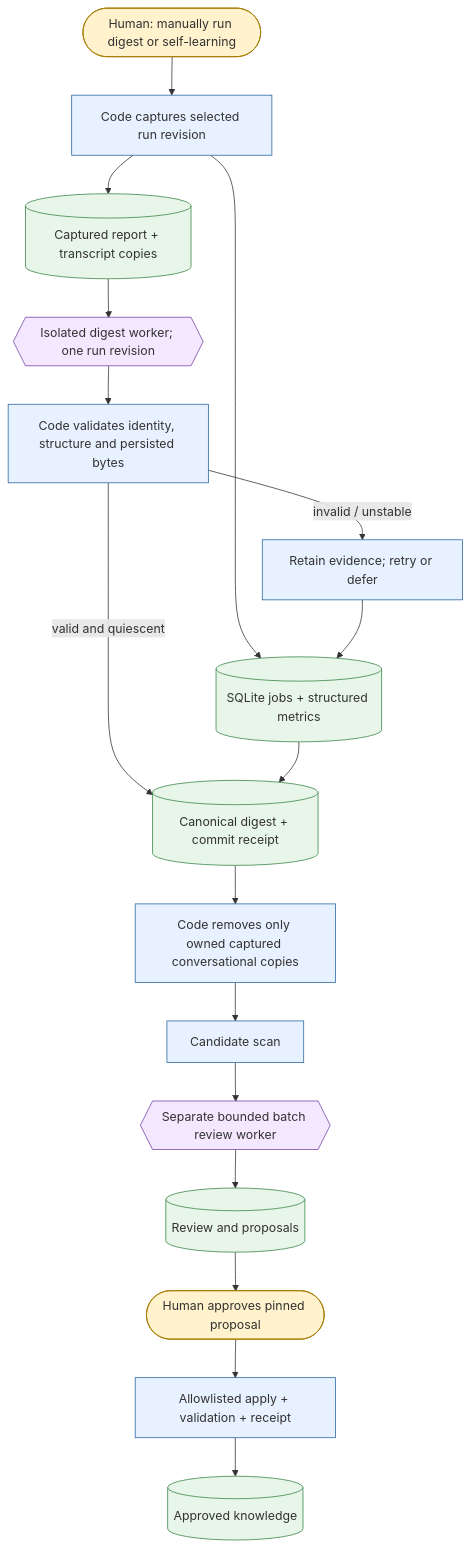
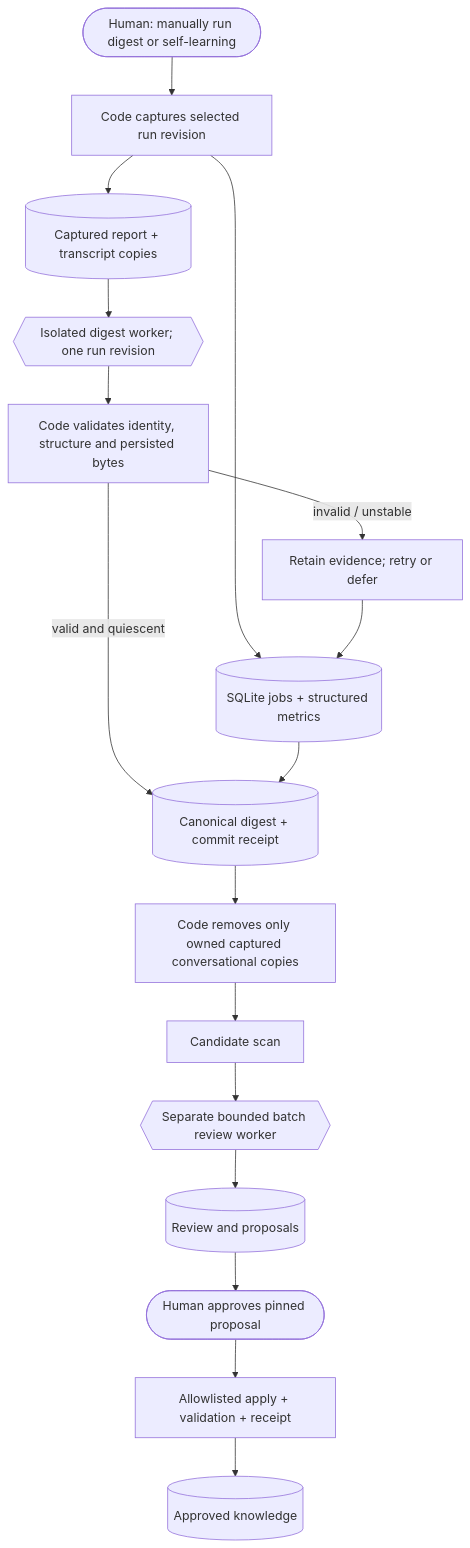
One commit to Jero110/pi-house changed the second of 5 diagrams in docs/architecture.md. Above: the diagram before and after it, drawn with Mermaid. The commit also changed other lines of this file and 2 other files, not shown here.

First line of the commit message:
fix: run CI on the Node that books-rag needs, and draw diagrams without colors

````diff
--- a/docs/architecture.md
+++ b/docs/architecture.md
@@ -30,19 +26,15 @@
 ```mermaid
 flowchart TB
-  classDef code fill:#e8f1ff,stroke:#2864a0
-  classDef llm fill:#f3e8ff,stroke:#7541a6
-  classDef store fill:#e8f5e9,stroke:#398447
-  classDef human fill:#fff2cc,stroke:#a47b00
-  H([Human: manually run digest or self-learning]):::human --> C[Code captures selected run revision]:::code
-  C --> R[(Captured report + transcript copies)]:::store
-  C --> Q[(SQLite jobs + structured metrics)]:::store
-  R --> D{{Isolated digest worker; one run revision}}:::llm
-  D --> V[Code validates identity, structure and persisted bytes]:::code
-  V -->|invalid / unstable| X[Retain evidence; retry or defer]:::code --> Q
-  V -->|valid and quiescent| G[(Canonical digest + commit receipt)]:::store
+  H([Human: manually run digest or self-learning]) --> C[Code captures selected run revision]
+  C --> R[(Captured report + transcript copies)]
+  C --> Q[(SQLite jobs + structured metrics)]
+  R --> D{{Isolated digest worker; one run revision}}
+  D --> V[Code validates identity, structure and persisted bytes]
+  V -->|invalid / unstable| X[Retain evidence; retry or defer] --> Q
+  V -->|valid and quiescent| G[(Canonical digest + commit receipt)]
   Q --> G
-  G --> Z[Code removes only owned captured conversational copies]:::code
-  Z --> S[Candidate scan]:::code --> B{{Separate bounded batch review worker}}:::llm
-  B --> P[(Review and proposals)]:::store --> A([Human approves pinned proposal]):::human
-  A --> I[Allowlisted apply + validation + receipt]:::code --> K[(Approved knowledge)]:::store
+  G --> Z[Code removes only owned captured conversational copies]
+  Z --> S[Candidate scan] --> B{{Separate bounded batch review worker}}
+  B --> P[(Review and proposals)] --> A([Human approves pinned proposal])
+  A --> I[Allowlisted apply + validation + receipt] --> K[(Approved knowledge)]
 ```
````
